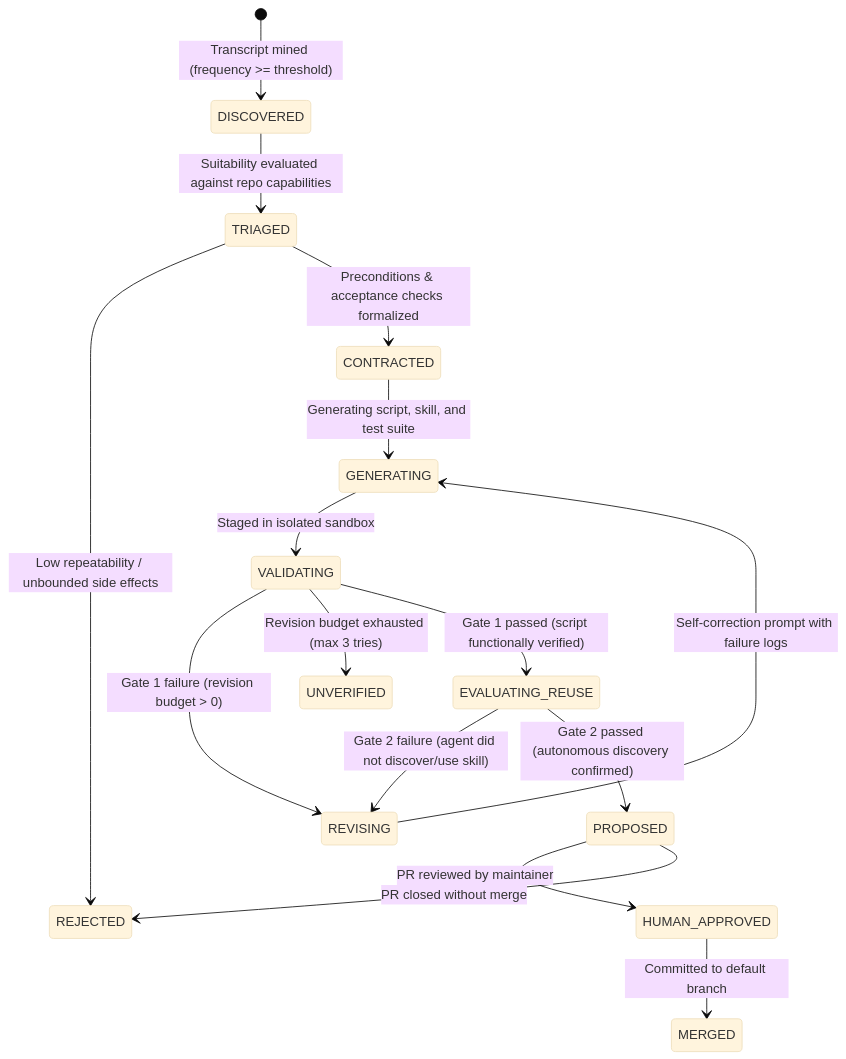
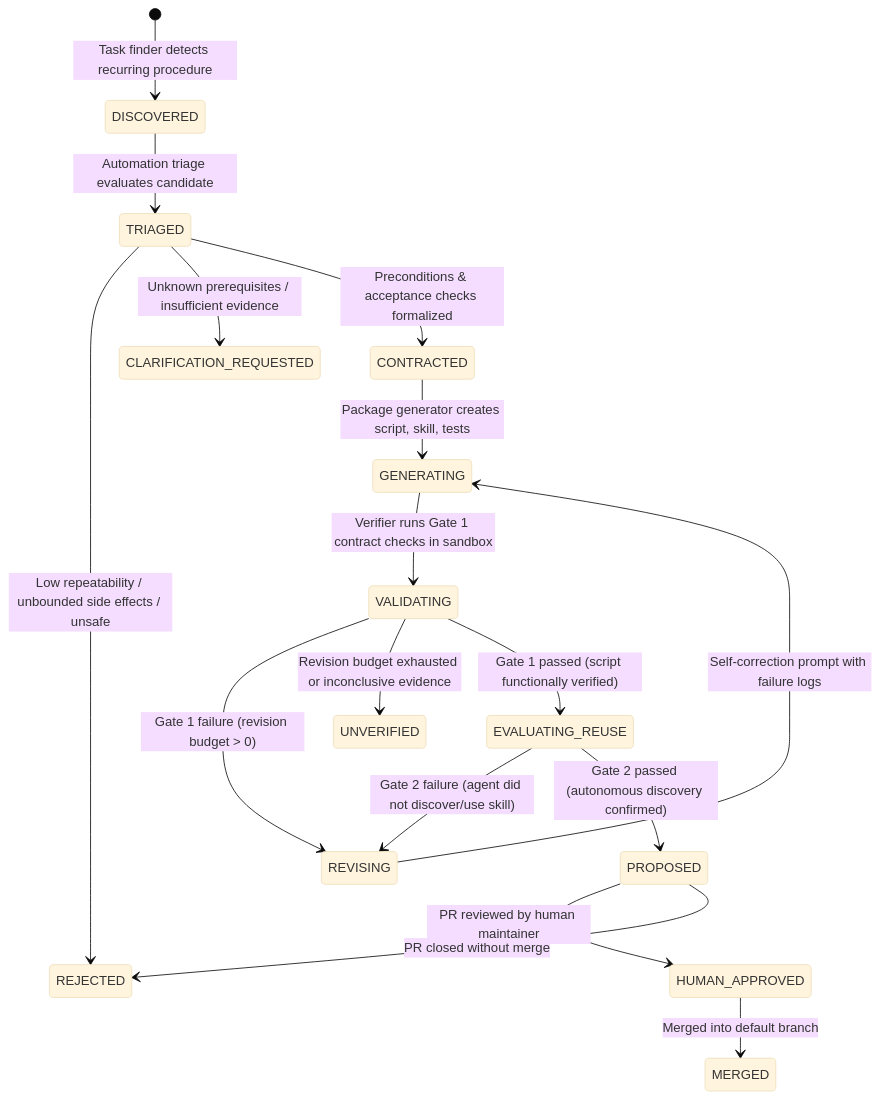
The second of 2 diagrams in docs/architecture/ARCHITECTURE.md (gcpuser1/maga-hackathon), drawn with Mermaid (base theme) before and after one commit. The commit also changed other lines of this file, not shown here.

````diff
--- a/docs/architecture/ARCHITECTURE.md
+++ b/docs/architecture/ARCHITECTURE.md
@@ -131,24 +147,25 @@
 ```mermaid
 stateDiagram-v2
-    [*] --> DISCOVERED: Transcript mined (frequency >= threshold)
-    DISCOVERED --> TRIAGED: Suitability evaluated against repo capabilities
+    [*] --> DISCOVERED: Task finder detects recurring procedure
+    DISCOVERED --> TRIAGED: Automation triage evaluates candidate
     
-    TRIAGED --> REJECTED: Low repeatability / unbounded side effects
+    TRIAGED --> REJECTED: Low repeatability / unbounded side effects / unsafe
+    TRIAGED --> CLARIFICATION_REQUESTED: Unknown prerequisites / insufficient evidence
     TRIAGED --> CONTRACTED: Preconditions & acceptance checks formalized
     
-    CONTRACTED --> GENERATING: Generating script, skill, and test suite
-    GENERATING --> VALIDATING: Staged in isolated sandbox
+    CONTRACTED --> GENERATING: Package generator creates script, skill, tests
+    GENERATING --> VALIDATING: Verifier runs Gate 1 contract checks in sandbox
     
     VALIDATING --> REVISING: Gate 1 failure (revision budget > 0)
     REVISING --> GENERATING: Self-correction prompt with failure logs
-    VALIDATING --> UNVERIFIED: Revision budget exhausted (max 3 tries)
+    VALIDATING --> UNVERIFIED: Revision budget exhausted or inconclusive evidence
     
     VALIDATING --> EVALUATING_REUSE: Gate 1 passed (script functionally verified)
     
     EVALUATING_REUSE --> REVISING: Gate 2 failure (agent did not discover/use skill)
     EVALUATING_REUSE --> PROPOSED: Gate 2 passed (autonomous discovery confirmed)
     
-    PROPOSED --> HUMAN_APPROVED: PR reviewed by maintainer
+    PROPOSED --> HUMAN_APPROVED: PR reviewed by human maintainer
     PROPOSED --> REJECTED: PR closed without merge
-    HUMAN_APPROVED --> MERGED: Committed to default branch
+    HUMAN_APPROVED --> MERGED: Merged into default branch
 ```
````
